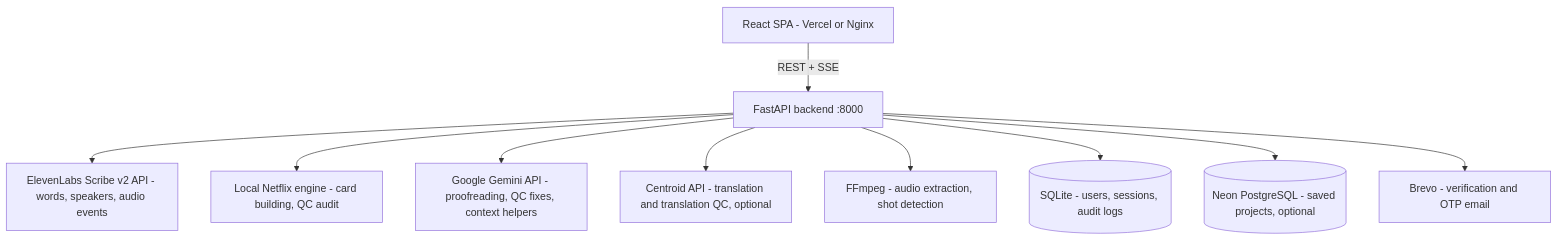
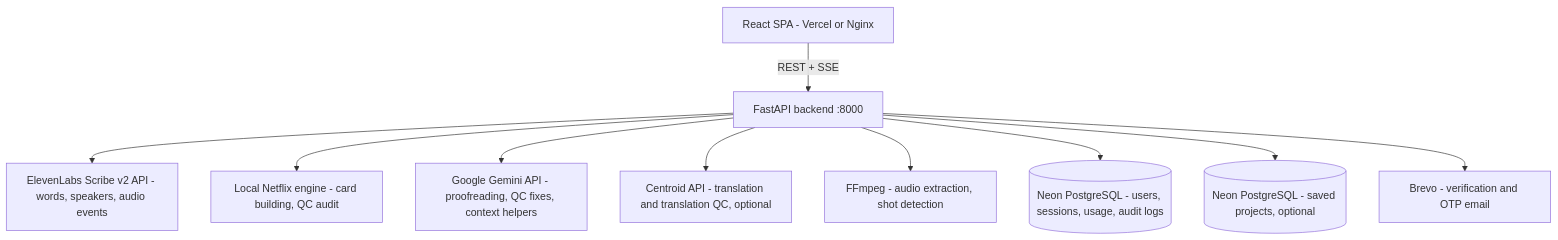
One commit to verbocat/Transcribe changed the diagram in DEVELOPER.md. Above: the diagram before and after it, drawn with Mermaid. The commit also changed other lines of this file and 12 other files, not shown here.

````diff
--- a/DEVELOPER.md
+++ b/DEVELOPER.md
@@ -9,13 +9,13 @@
 ```mermaid
 graph TD
     Client[React SPA - Vercel or Nginx] -->|REST + SSE| FastAPI[FastAPI backend :8000]
 
     FastAPI --> Scribe[ElevenLabs Scribe v2 API - words, speakers, audio events]
     FastAPI --> Engine[Local Netflix engine - card building, QC audit]
     FastAPI --> Gemini[Google Gemini API - proofreading, QC fixes, context helpers]
     FastAPI --> Centroid[Centroid API - translation and translation QC, optional]
     FastAPI --> FFmpeg[FFmpeg - audio extraction, shot detection]
-    FastAPI --> AuthDB[(SQLite - users, sessions, audit logs)]
+    FastAPI --> AuthDB[(Neon PostgreSQL - users, sessions, usage, audit logs)]
     FastAPI --> ProjDB[(Neon PostgreSQL - saved projects, optional)]
     FastAPI --> Brevo[Brevo - verification and OTP email]
 ```
````
